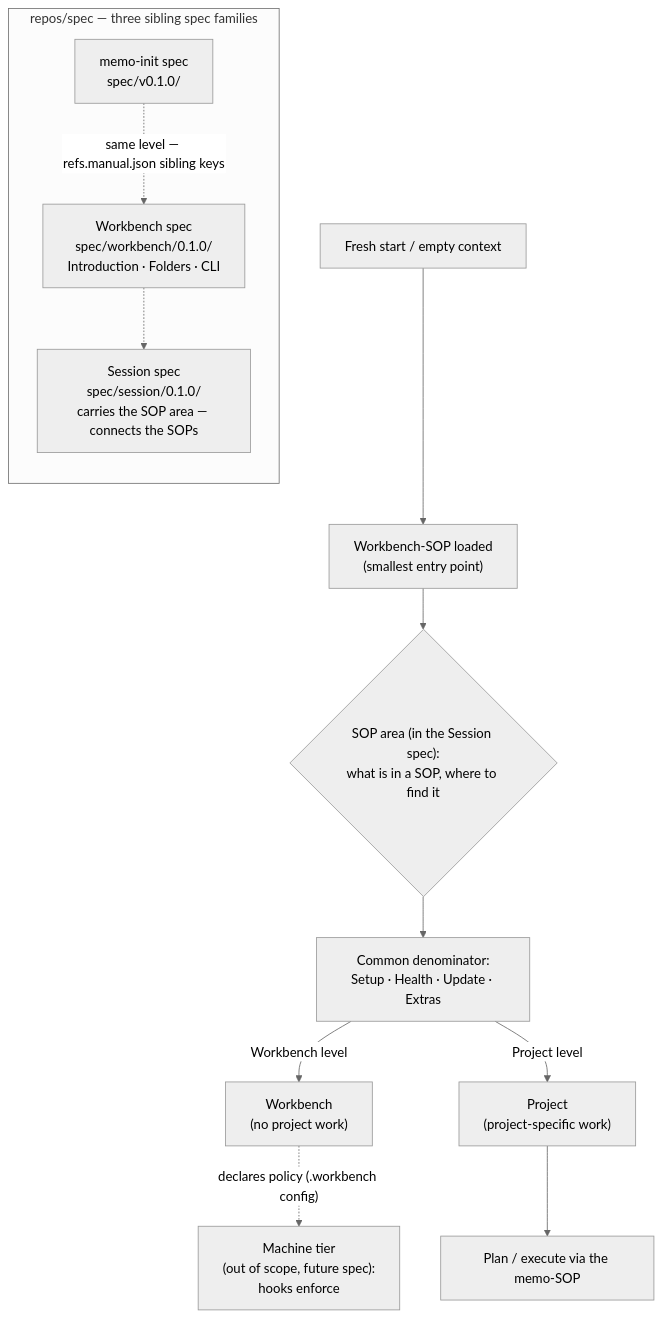
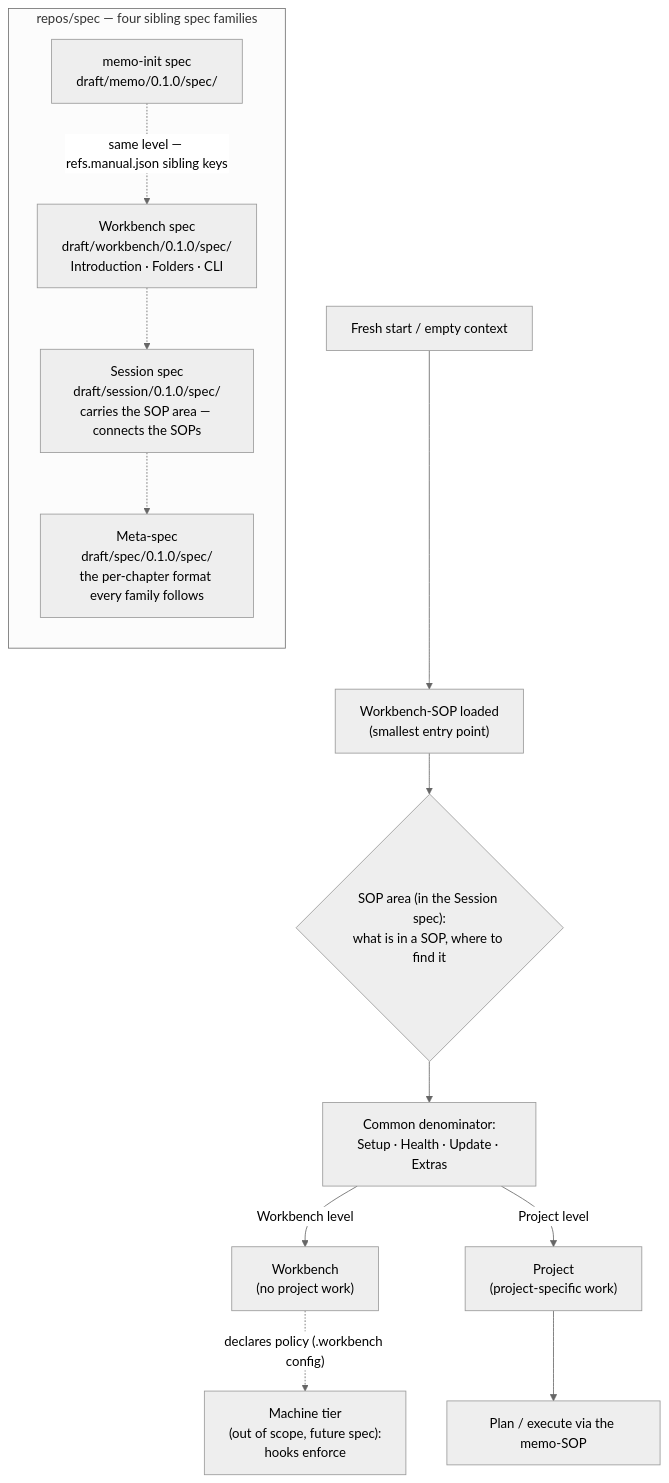
The diagram in draft/workbench/0.1.0/spec/41-project-architecture.md (Memo-Init/spec), drawn with Mermaid (neutral theme) before and after one commit. The commit also changed other lines of this file and 36 other files, not shown here.

````diff
--- a/draft/workbench/0.1.0/spec/41-project-architecture.md
+++ b/draft/workbench/0.1.0/spec/41-project-architecture.md
@@ -17,19 +17,21 @@
 ```mermaid
 flowchart TD
     Start["Fresh start / empty context"] --> WBsop["Workbench-SOP loaded<br/>(smallest entry point)"]
     WBsop --> SOPspec{"SOP area (in the Session spec):<br/>what is in a SOP, where to find it"}
     SOPspec --> Std["Common denominator:<br/>Setup · Health · Update · Extras"]
     Std -->|"Workbench level"| WB["Workbench<br/>(no project work)"]
     Std -->|"Project level"| Proj["Project<br/>(project-specific work)"]
     WB -.->|"declares policy (.workbench config)"| Mach["Machine tier<br/>(out of scope, future spec):<br/>hooks enforce"]
     Proj --> Plan["Plan / execute via the memo-SOP"]
 
-    subgraph SPECS["repos/spec — three sibling spec families"]
+    subgraph SPECS["repos/spec — four sibling spec families"]
         direction TB
-        MI["memo-init spec<br/>spec/v0.1.0/"]
-        WBS["Workbench spec<br/>spec/workbench/0.1.0/<br/>Introduction · Folders · CLI"]
-        SOPF["Session spec<br/>spec/session/0.1.0/<br/>carries the SOP area — connects the SOPs"]
+        MI["memo-init spec<br/>draft/memo/0.1.0/spec/"]
+        WBS["Workbench spec<br/>draft/workbench/0.1.0/spec/<br/>Introduction · Folders · CLI"]
+        SOPF["Session spec<br/>draft/session/0.1.0/spec/<br/>carries the SOP area — connects the SOPs"]
+        META["Meta-spec<br/>draft/spec/0.1.0/spec/<br/>the per-chapter format every family follows"]
         MI -.->|"same level — refs.manual.json sibling keys"| WBS
         WBS -.-> SOPF
+        SOPF -.-> META
     end
 ```
````
